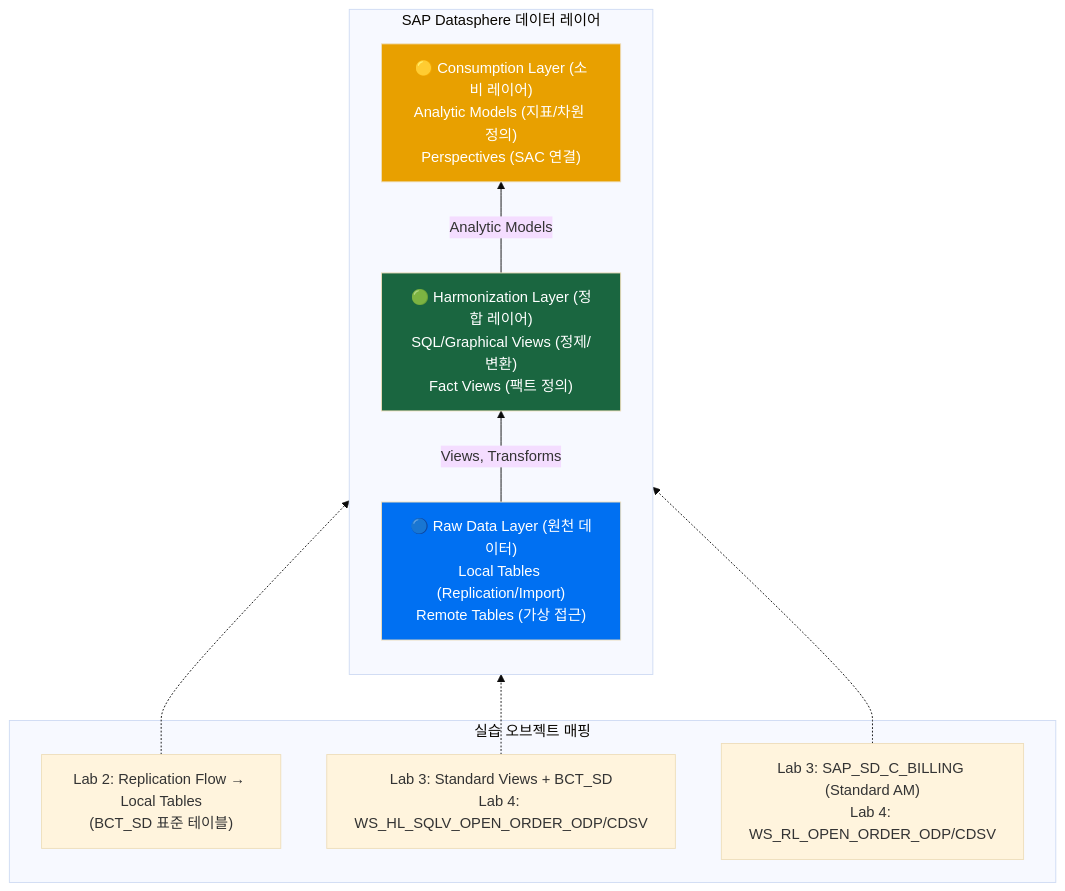
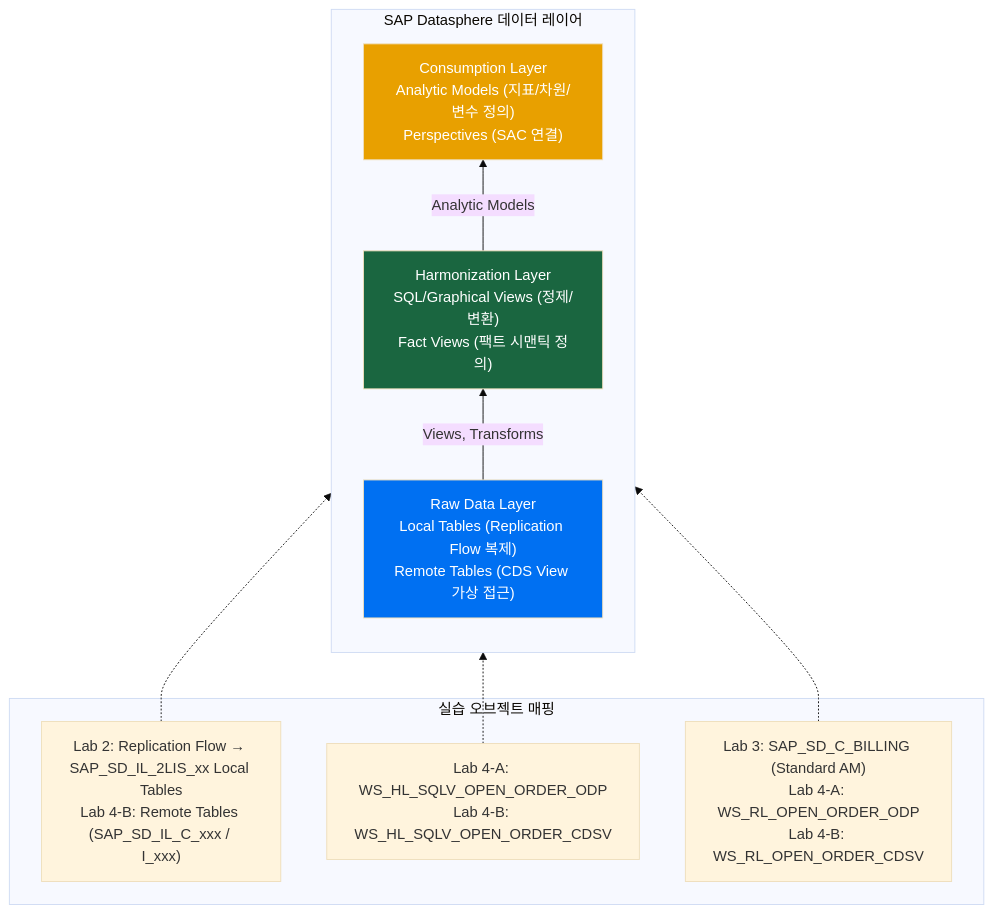
The fifth of 5 diagrams in docs/architecture.md (youngseols925/sap-datasphere-bdc-workshop), drawn with Mermaid (base theme) before and after one commit. The commit also changed other lines of this file, not shown here.

First line of the commit message:
docs: architecture.md CDS View 소스명 실제 CSN 기반으로 전면 수정

````diff
--- a/docs/architecture.md
+++ b/docs/architecture.md
@@ -168,27 +182,27 @@
 ```mermaid
 graph BT
     subgraph DSP_LAYERS["SAP Datasphere 데이터 레이어"]
         direction BT
 
-        L1["🔵 Raw Data Layer (원천 데이터)\nLocal Tables (Replication/Import)\nRemote Tables (가상 접근)"]
-        L2["🟢 Harmonization Layer (정합 레이어)\nSQL/Graphical Views (정제/변환)\nFact Views (팩트 정의)"]
-        L3["🟡 Consumption Layer (소비 레이어)\nAnalytic Models (지표/차원 정의)\nPerspectives (SAC 연결)"]
+        L1["Raw Data Layer\nLocal Tables (Replication Flow 복제)\nRemote Tables (CDS View 가상 접근)"]
+        L2["Harmonization Layer\nSQL/Graphical Views (정제/변환)\nFact Views (팩트 시맨틱 정의)"]
+        L3["Consumption Layer\nAnalytic Models (지표/차원/변수 정의)\nPerspectives (SAC 연결)"]
 
         L1 -->|"Views, Transforms"| L2
         L2 -->|"Analytic Models"| L3
     end
 
     subgraph OBJECTS["실습 오브젝트 매핑"]
-        OBJ1["Lab 2: Replication Flow → Local Tables<br/>(BCT_SD 표준 테이블)"]
-        OBJ2["Lab 3: Standard Views + BCT_SD\nLab 4: WS_HL_SQLV_OPEN_ORDER_ODP/CDSV"]
-        OBJ3["Lab 3: SAP_SD_C_BILLING (Standard AM)\nLab 4: WS_RL_OPEN_ORDER_ODP/CDSV"]
+        OBJ1["Lab 2: Replication Flow → SAP_SD_IL_2LIS_xx Local Tables\nLab 4-B: Remote Tables (SAP_SD_IL_C_xxx / I_xxx)"]
+        OBJ2["Lab 4-A: WS_HL_SQLV_OPEN_ORDER_ODP\nLab 4-B: WS_HL_SQLV_OPEN_ORDER_CDSV"]
+        OBJ3["Lab 3: SAP_SD_C_BILLING (Standard AM)\nLab 4-A: WS_RL_OPEN_ORDER_ODP\nLab 4-B: WS_RL_OPEN_ORDER_CDSV"]
     end
 
     OBJ1 -.-> L1
     OBJ2 -.-> L2
     OBJ3 -.-> L3
 
     style L1 fill:#0070F2,color:#fff
     style L2 fill:#1A6640,color:#fff
     style L3 fill:#E8A000,color:#fff
 ```
````
